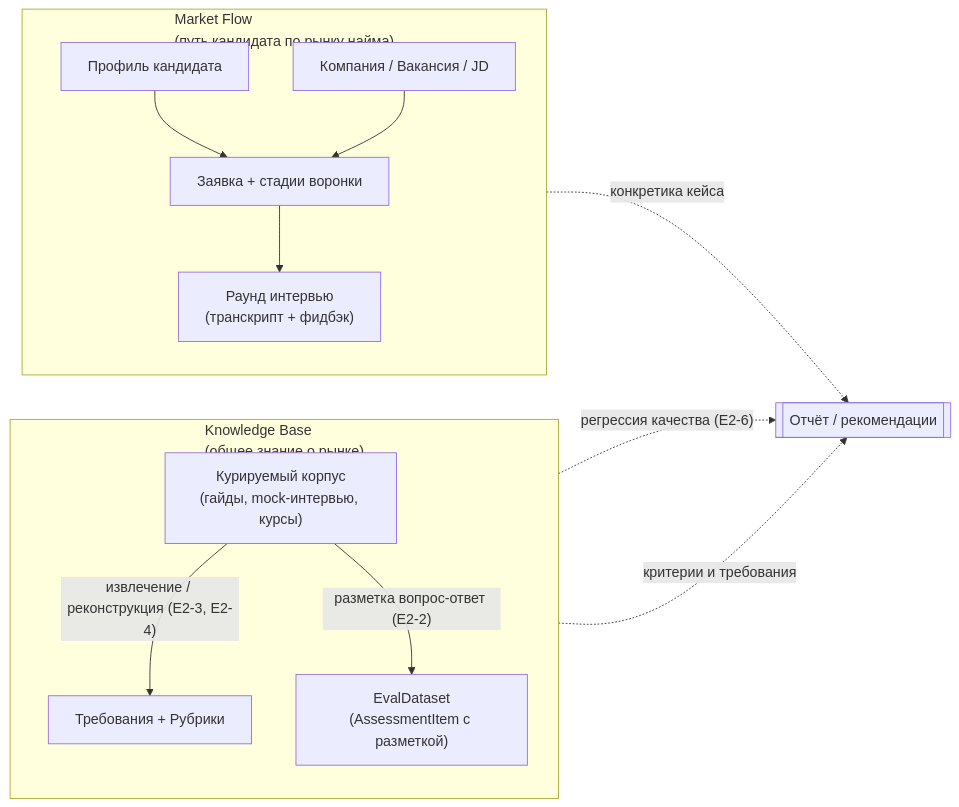
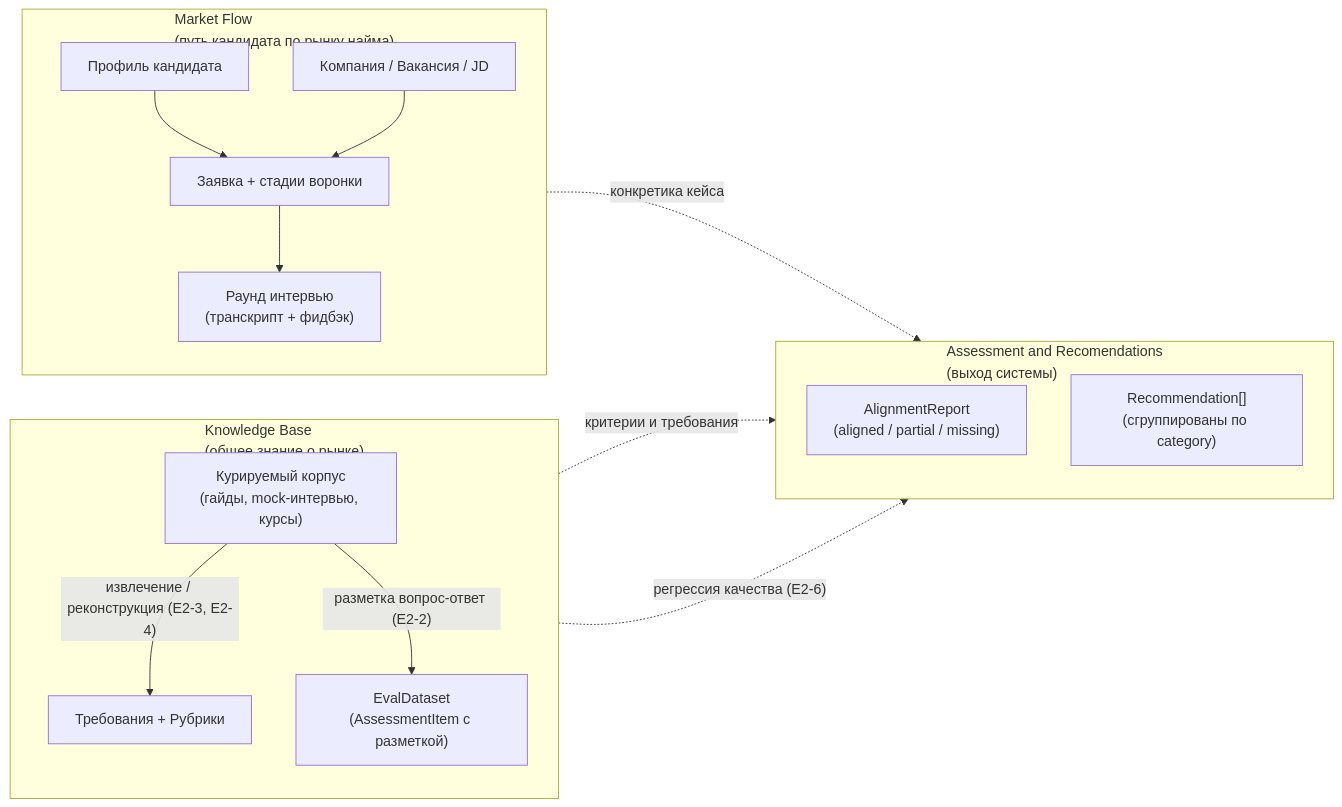
The first of 5 diagrams in md/spec.md (margomrkv/interview-debrief-assistant), drawn with Mermaid before and after one commit. The commit also changed other lines of this file and 4 other files, not shown here.

````diff
--- a/md/spec.md
+++ b/md/spec.md
@@ -48,26 +49,32 @@
 ```mermaid
 flowchart LR
     subgraph MF["Market Flow<br/>(путь кандидата по рынку найма)"]
         direction TB
         MF1["Профиль кандидата"]
         MF2["Компания / Вакансия / JD"]
         MF3["Заявка + стадии воронки"]
         MF4["Раунд интервью<br/>(транскрипт + фидбэк)"]
         MF1 --> MF3
         MF2 --> MF3
         MF3 --> MF4
     end
 
     subgraph KB["Knowledge Base<br/>(общее знание о рынке)"]
         direction TB
         KB1["Курируемый корпус<br/>(гайды, mock-интервью, курсы)"]
         KB2["Требования + Рубрики"]
         KB3["EvalDataset<br/>(AssessmentItem с разметкой)"]
         KB1 -- "извлечение / реконструкция (E2-3, E2-4)" --> KB2
         KB1 -- "разметка вопрос-ответ (E2-2)" --> KB3
     end
 
-    MF -. "конкретика кейса" .-> OUT[["Отчёт / рекомендации"]]
-    KB -. "критерии и требования" .-> OUT
-    KB3 -. "регрессия качества (E2-6)" .-> OUT
+    subgraph AR["Assessment and Recomendations<br/>(выход системы)"]
+        direction TB
+        AR1["AlignmentReport<br/>(aligned / partial / missing)"]
+        AR2["Recommendation[]<br/>(сгруппированы по category)"]
+    end
+
+    MF -. "конкретика кейса" .-> AR
+    KB -. "критерии и требования" .-> AR
+    KB3 -. "регрессия качества (E2-6)" .-> AR
 ```
````
